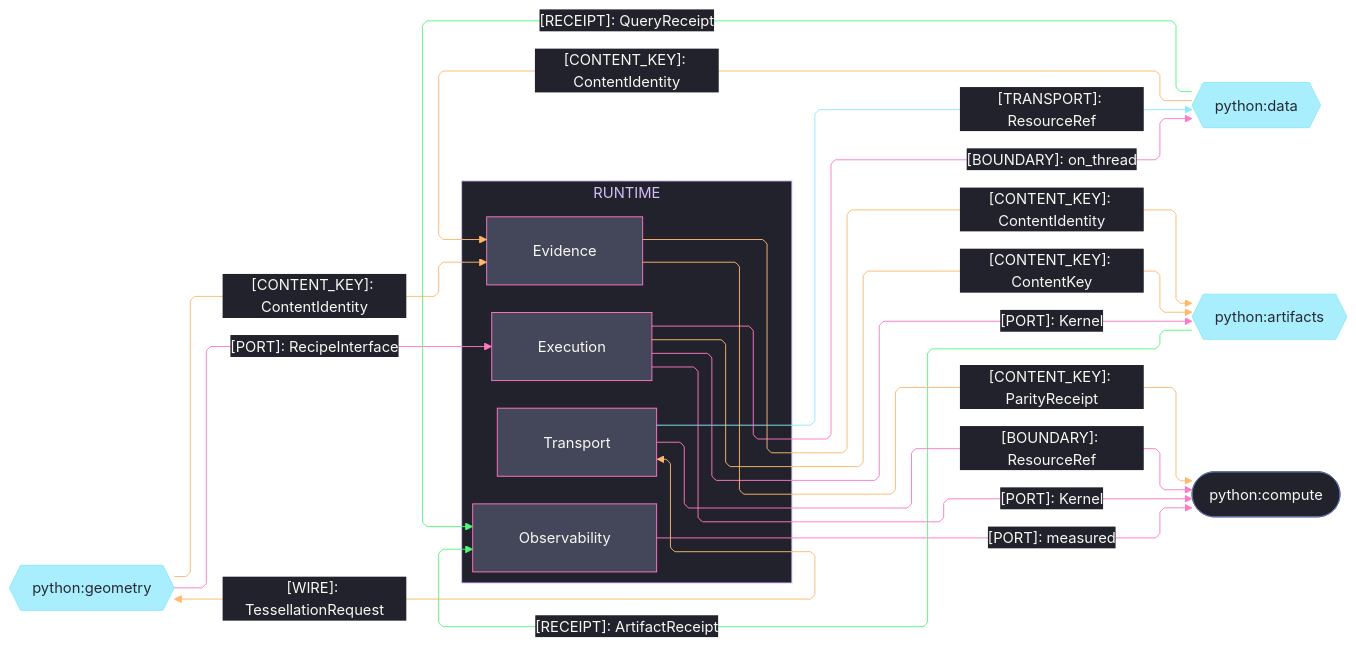
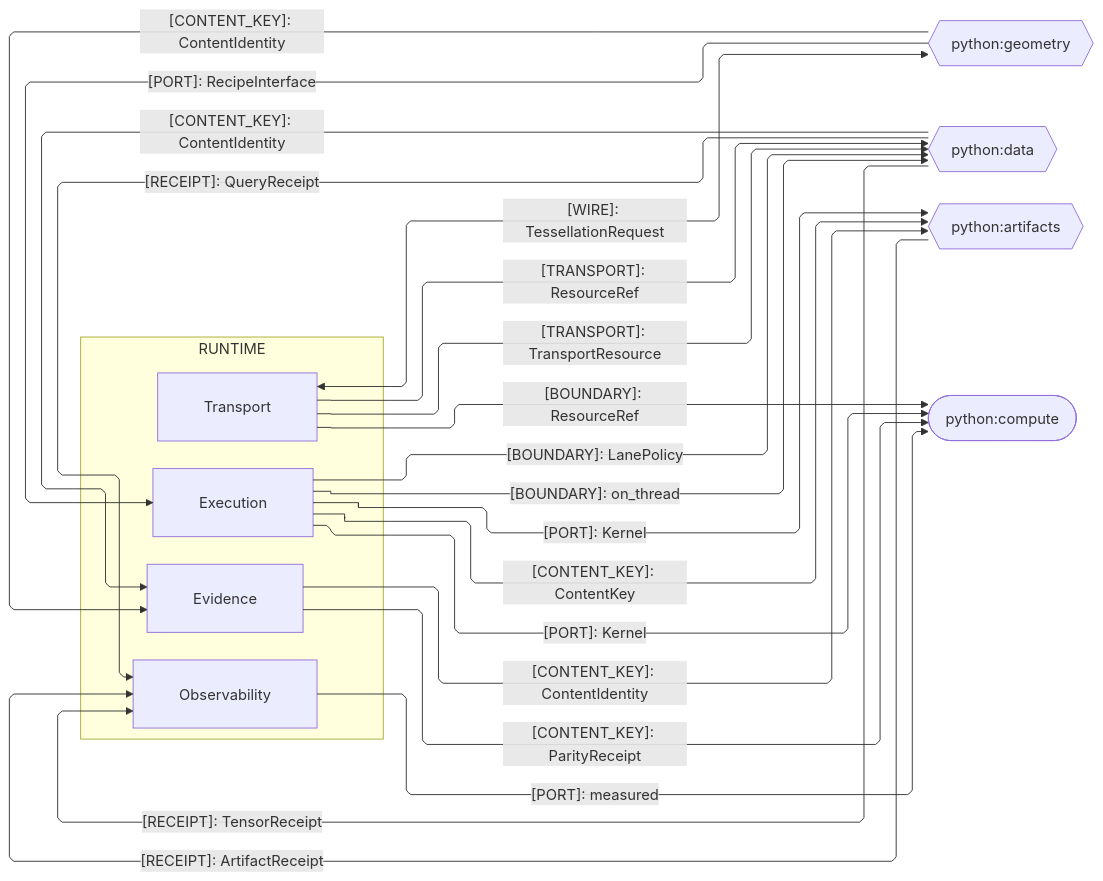
Before and after one commit to bsamiee/Rasm: the second of 3 diagrams in libs/python/runtime/ARCHITECTURE.md, drawn with Mermaid. The commit also changed other lines of this file and 460 other files, not shown here.

````diff
--- a/libs/python/runtime/ARCHITECTURE.md
+++ b/libs/python/runtime/ARCHITECTURE.md
@@ -97,70 +71,40 @@
 ```mermaid
 ---
 config:
-  theme: base
-  look: classic
   layout: elk
   flowchart:
     curve: linear
     padding: 25
-  themeVariables:
-    darkMode: true
-    fontFamily: "SF Mono, Menlo, Cascadia Mono, Segoe UI Mono, Consolas, monospace"
-    useGradient: false
-    dropShadow: "none"
-    background: "#282A36"
-    primaryColor: "#44475A"
-    primaryTextColor: "#F8F8F2"
-    primaryBorderColor: "#BD93F9"
-    lineColor: "#FF79C6"
-    textColor: "#F8F8F2"
-    clusterBkg: "#21222C"
-    clusterBorder: "#D6BCFA"
-    edgeLabelBackground: "#21222C"
-    labelBackgroundColor: "#21222C"
-    titleColor: "#D6BCFA"
-  themeCSS: ".nodeLabel{font-size:13px;font-weight:500}.edgeLabel{font-size:12px;font-weight:500}.cluster-label .nodeLabel{font-size:13.5px;font-weight:700;letter-spacing:.08em}.edge-thickness-normal{stroke-width:2px}.edge-thickness-thick{stroke-width:3px}.edge-pattern-dashed,.edge-pattern-dotted{stroke-width:1.5px;stroke-dasharray:4 6}.node rect,.node circle,.node polygon,.node path,.node .outer-path{stroke-width:1.5px;filter:none!important}.cluster rect{stroke-width:1px!important;stroke-dasharray:5 4!important;filter:none!important}.marker path{transform:scale(.8);transform-origin:5px 5px}.marker circle{transform:scale(.48);transform-origin:5px 5px}.edgeLabel rect{transform-box:fill-box;transform-origin:center;transform:scale(1.1,1.2)}"
 ---
 flowchart LR
     accTitle: Runtime cross-package Python seams
-    accDescr: Runtime sub-domain owners exchanging content identity, tessellation wire, resource transport, recipe ports, and receipts with the geometry, data, artifacts, and compute Python packages, edge rails colored by kind and nodes classed by seam direction.
+    accDescr: Runtime sub-domain owners exchanging content identity, tessellation wire, resource transport, recipe ports, and receipts with the geometry, data, artifacts, and compute Python packages, one edge per contract family labeled by kind.
     subgraph runtime[RUNTIME]
         Transport[Transport]
         Evidence[Evidence]
         Observability[Observability]
         Execution[Execution]
     end
     Geometry{{python:geometry}}
     Data{{python:data}}
     Artifacts{{python:artifacts}}
     Compute([python:compute])
     Transport e5@<-->|"[WIRE]: TessellationRequest"| Geometry
     Geometry e1@-->|"[CONTENT_KEY]: ContentIdentity"| Evidence
     Geometry e9@-->|"[PORT]: RecipeInterface"| Execution
     Data e2@-->|"[CONTENT_KEY]: ContentIdentity"| Evidence
     Transport e6@-->|"[TRANSPORT]: ResourceRef"| Data
+    Transport e16@-->|"[TRANSPORT]: TransportResource"| Data
     Data e11@-->|"[RECEIPT]: QueryReceipt"| Observability
+    Data e17@-->|"[RECEIPT]: TensorReceipt"| Observability
     Execution e14@-->|"[BOUNDARY]: on_thread"| Data
+    Execution e18@-->|"[BOUNDARY]: LanePolicy"| Data
     Evidence e3@-->|"[CONTENT_KEY]: ContentIdentity"| Artifacts
     Artifacts e10@-->|"[RECEIPT]: ArtifactReceipt"| Observability
     Execution e8@-->|"[CONTENT_KEY]: ContentKey"| Artifacts
     Execution e15@-->|"[PORT]: Kernel"| Artifacts
     Evidence e4@-->|"[CONTENT_KEY]: ParityReceipt"| Compute
     Transport e7@-->|"[BOUNDARY]: ResourceRef"| Compute
     Observability e13@-->|"[PORT]: measured"| Compute
     Execution e12@-->|"[PORT]: Kernel"| Compute
-    classDef primary fill:#44475A,stroke:#FF79C6,color:#F8F8F2
-    classDef external fill:#8BE9FDBF,stroke:#8BE9FD,color:#282A36
-    classDef recessed fill:#21222C,stroke:#6272A4,color:#F8F8F2
-    classDef edgeData stroke:#FFB86C,color:#F8F8F2
-    classDef edgeExternal stroke:#8BE9FD,color:#F8F8F2
-    classDef edgeControl stroke:#FF79C6,color:#F8F8F2
-    classDef edgeSuccess stroke:#50FA7B,color:#F8F8F2
-    class Evidence,Transport,Execution,Observability primary
-    class Geometry,Data,Artifacts external
-    class Compute recessed
-    class e1,e2,e3,e4,e5,e8 edgeData
-    class e6 edgeExternal
-    class e7,e9,e12,e13,e14,e15 edgeControl
-    class e10,e11 edgeSuccess
 ```
````
